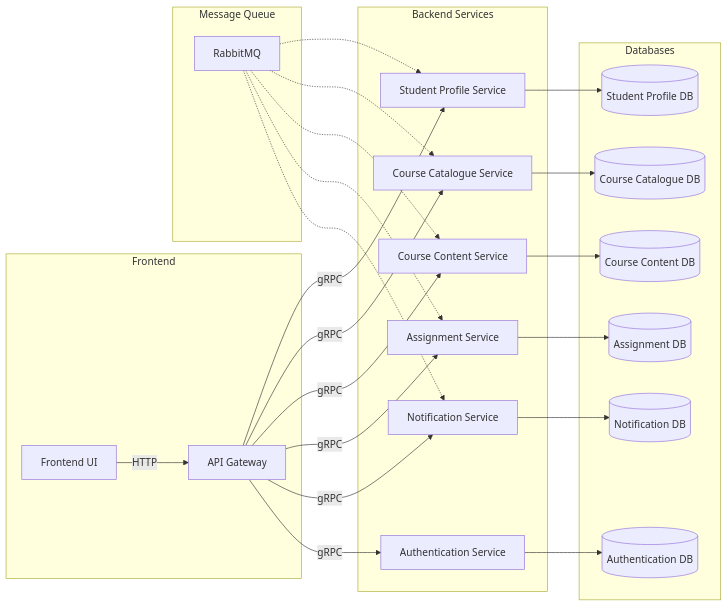
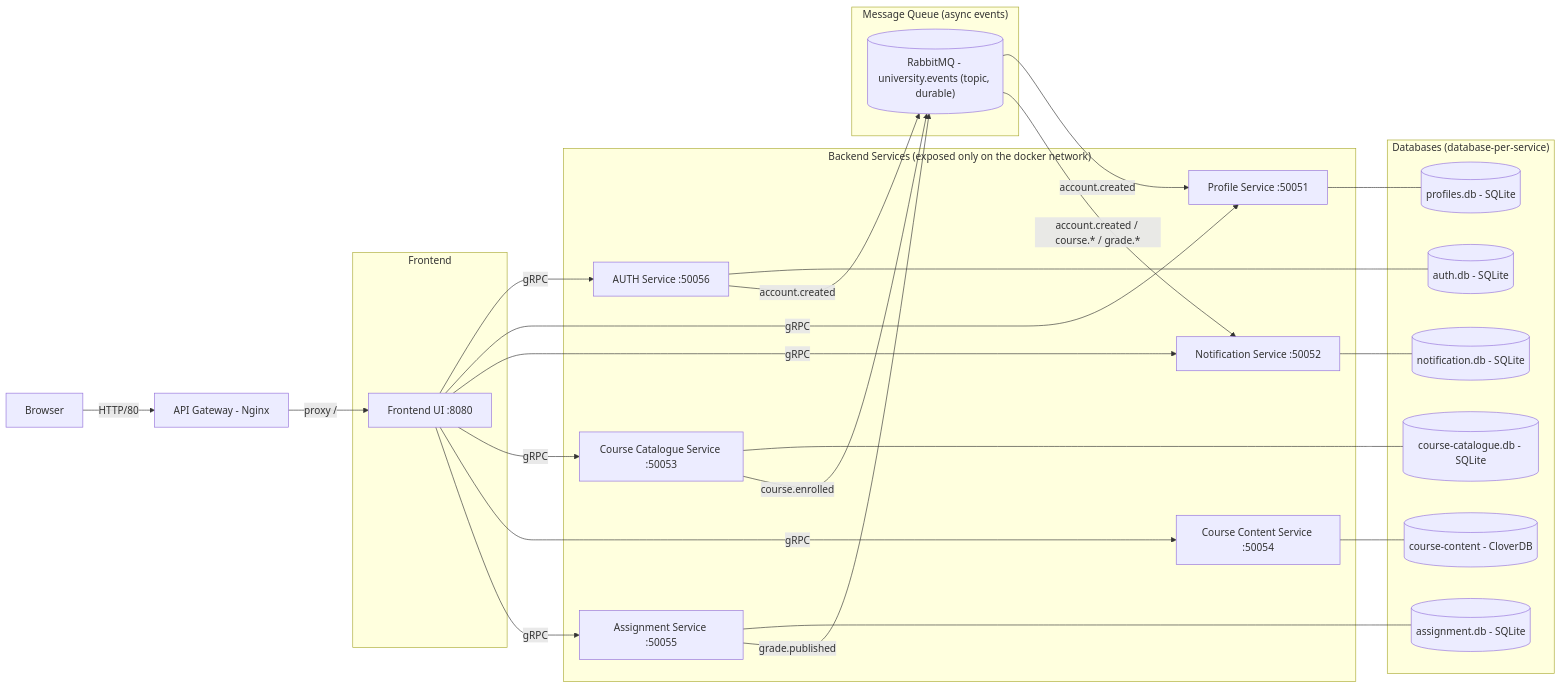
The first of 2 diagrams in docs/design.md (bundgaard1/Osbourne.AI), drawn with Mermaid before and after one commit. The commit also changed other lines of this file and 3 other files, not shown here.

````diff
--- a/docs/design.md
+++ b/docs/design.md
@@ -8,34 +8,43 @@
 ```mermaid
 graph LR;
+    U[Browser] -->|HTTP/80| B[API Gateway - Nginx]
+
     subgraph "Frontend"
-        A[Frontend UI] -->|HTTP| B[API Gateway]
+        F[Frontend UI :8080]
     end
 
-    subgraph "Backend Services"
-        B -->|gRPC| C[Student Profile Service]
-        B -->|gRPC| D[Course Catalogue Service]
-        B -->|gRPC| E[Course Content Service]
-        B -->|gRPC| F[Assignment Service]
-        B -->|gRPC| G[Notification Service]
-        B -->|gRPC| H[Authentication Service]
+    subgraph "Backend Services (exposed only on the docker network)"
+        H[AUTH Service :50056]
+        C[Profile Service :50051]
+        G[Notification Service :50052]
+        D[Course Catalogue Service :50053]
+        E[Course Content Service :50054]
+        J[Assignment Service :50055]
     end
 
-    subgraph "Databases"
-        C --> I[(Student Profile DB)]
-        D --> J[(Course Catalogue DB)]
-        E --> K[(Course Content DB)]
-        F --> L[(Assignment DB)]
-        G --> M[(Notification DB)]
-        H --> N[(Authentication DB)]
+    B -->|proxy /| F
+    F -->|gRPC| H
+    F -->|gRPC| C
+    F -->|gRPC| G
+    F -->|gRPC| D
+    F -->|gRPC| E
+    F -->|gRPC| J
+
+    subgraph "Databases (database-per-service)"
+        C --- I[(profiles.db - SQLite)]
+        D --- K[(course-catalogue.db - SQLite)]
+        E --- L[(course-content - CloverDB)]
+        J --- M[(assignment.db - SQLite)]
+        G --- N[(notification.db - SQLite)]
+        H --- O[(auth.db - SQLite)]
     end
 
-    subgraph "Message Queue"
-        O[RabbitMQ] -.-> C
-        O -.-> D
-        O -.-> E
-        O -.-> F
-        O -.-> G
+    subgraph "Message Queue (async events)"
+        Q[("RabbitMQ - university.events (topic, durable)")]
+        H -->|account.created| Q
+        D -->|course.enrolled| Q
+        J -->|grade.published| Q
+        Q -->|account.created| C
+        Q -->|account.created / course.* / grade.*| G
     end
-
-
 ```
````
